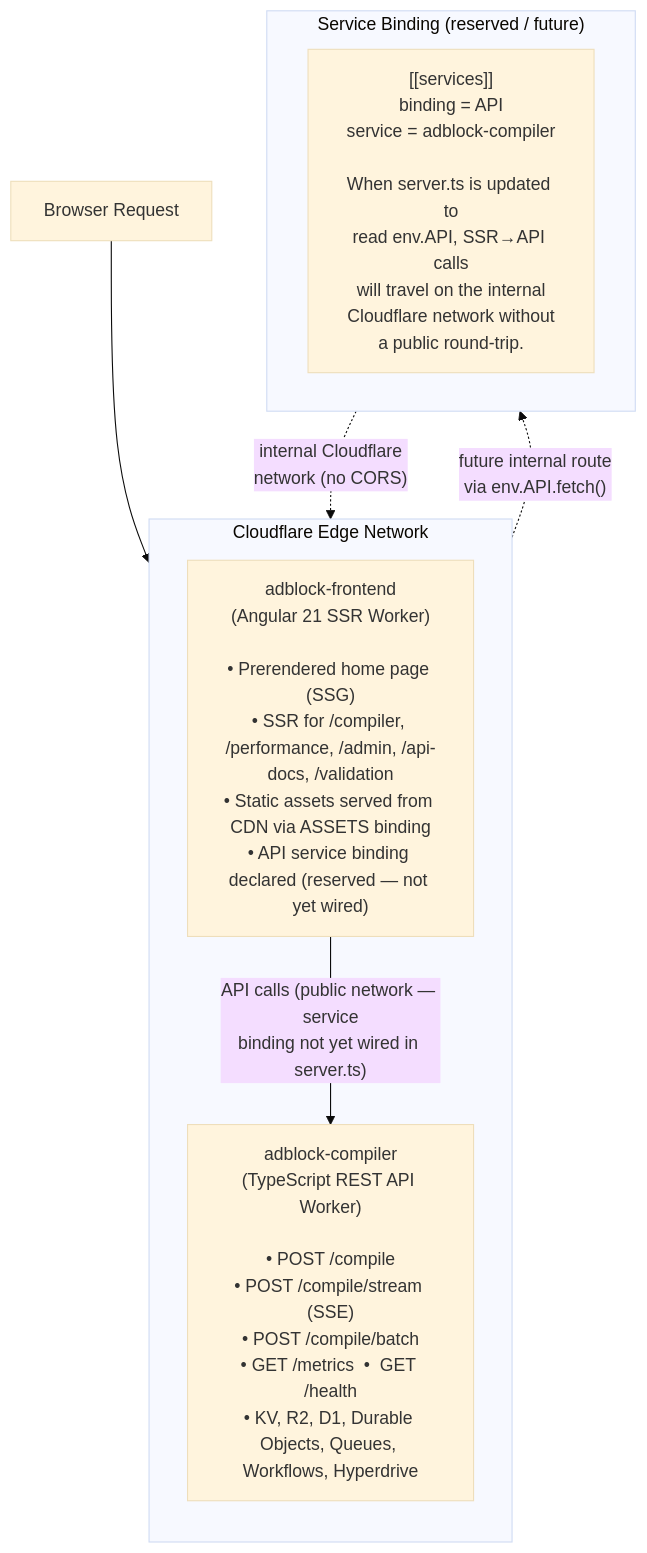
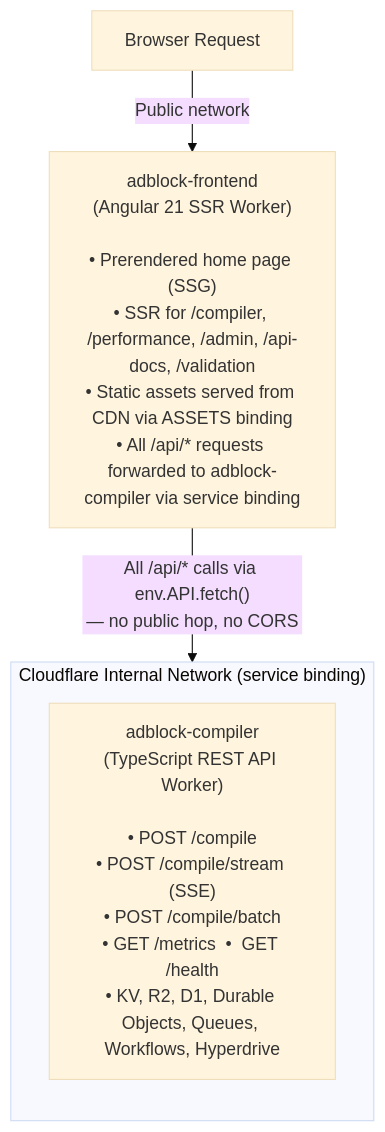
Before and after one commit to jaypatrick/adblock-compiler: the third of 4 diagrams in docs/deployment/CLOUDFLARE_WORKERS_ARCHITECTURE.md, drawn with Mermaid (base theme). The commit also changed other lines of this file and 1 other file, not shown here.

First line of the commit message:
fix: correct stale service binding docs and add explicit dev services override (#1764)

````diff
--- a/docs/deployment/CLOUDFLARE_WORKERS_ARCHITECTURE.md
+++ b/docs/deployment/CLOUDFLARE_WORKERS_ARCHITECTURE.md
@@ -118,19 +152,15 @@
 ```mermaid
 flowchart TD
-    BROWSER["Browser Request"] --> EDGE
+    BROWSER["Browser Request"]
 
-    subgraph EDGE["Cloudflare Edge Network"]
+    FRONTEND["adblock-frontend\n(Angular 21 SSR Worker)\n\n• Prerendered home page (SSG)\n• SSR for /compiler, /performance, /admin, /api-docs, /validation\n• Static assets served from CDN via ASSETS binding\n• All /api/* requests forwarded to adblock-compiler via service binding"]
+
+    BROWSER -->|"Public network"| FRONTEND
+
+    subgraph INTERNAL["Cloudflare Internal Network (service binding)"]
         direction TB
-        FRONTEND["adblock-frontend\n(Angular 21 SSR Worker)\n\n• Prerendered home page (SSG)\n• SSR for /compiler, /performance, /admin, /api-docs, /validation\n• Static assets served from CDN via ASSETS binding\n• API service binding declared (reserved — not yet wired)"]
-        FRONTEND -->|"API calls (public network — service\nbinding not yet wired in server.ts)"| BACKEND
         BACKEND["adblock-compiler\n(TypeScript REST API Worker)\n\n• POST /compile\n• POST /compile/stream (SSE)\n• POST /compile/batch\n• GET /metrics  •  GET /health\n• KV, R2, D1, Durable Objects, Queues, Workflows, Hyperdrive"]
     end
 
-    subgraph SVC["Service Binding (reserved / future)"]
-        direction LR
-        API_BINDING["[[services]]\nbinding = API\nservice = adblock-compiler\n\nWhen server.ts is updated to\nread env.API, SSR→API calls\nwill travel on the internal\nCloudflare network without\na public round-trip."]
-    end
-
-    FRONTEND -.->|"future internal route\nvia env.API.fetch()"| SVC
-    SVC -.->|"internal Cloudflare\nnetwork (no CORS)"| BACKEND
+    FRONTEND -->|"All /api/* calls via env.API.fetch()\n— no public hop, no CORS"| BACKEND
 ```
````
